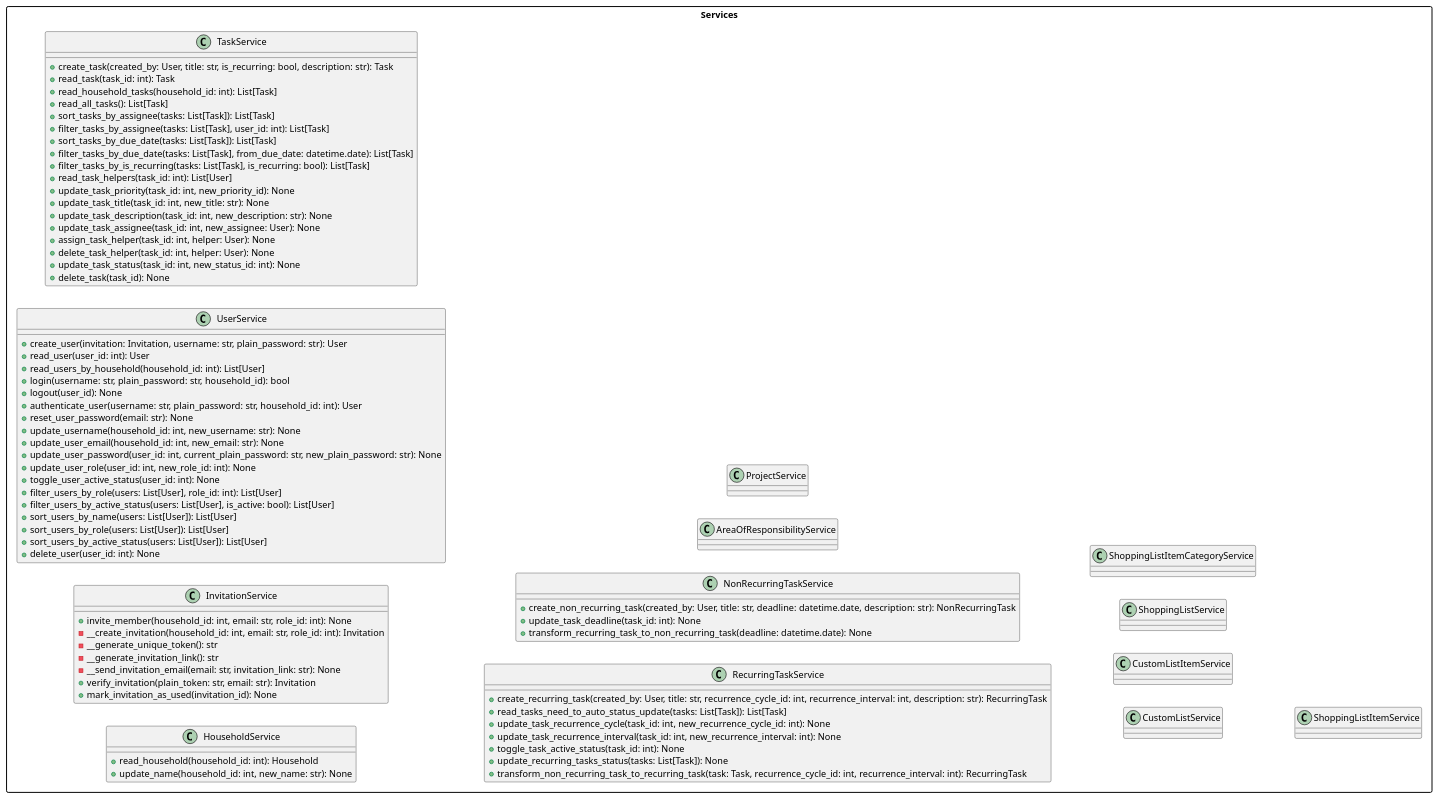
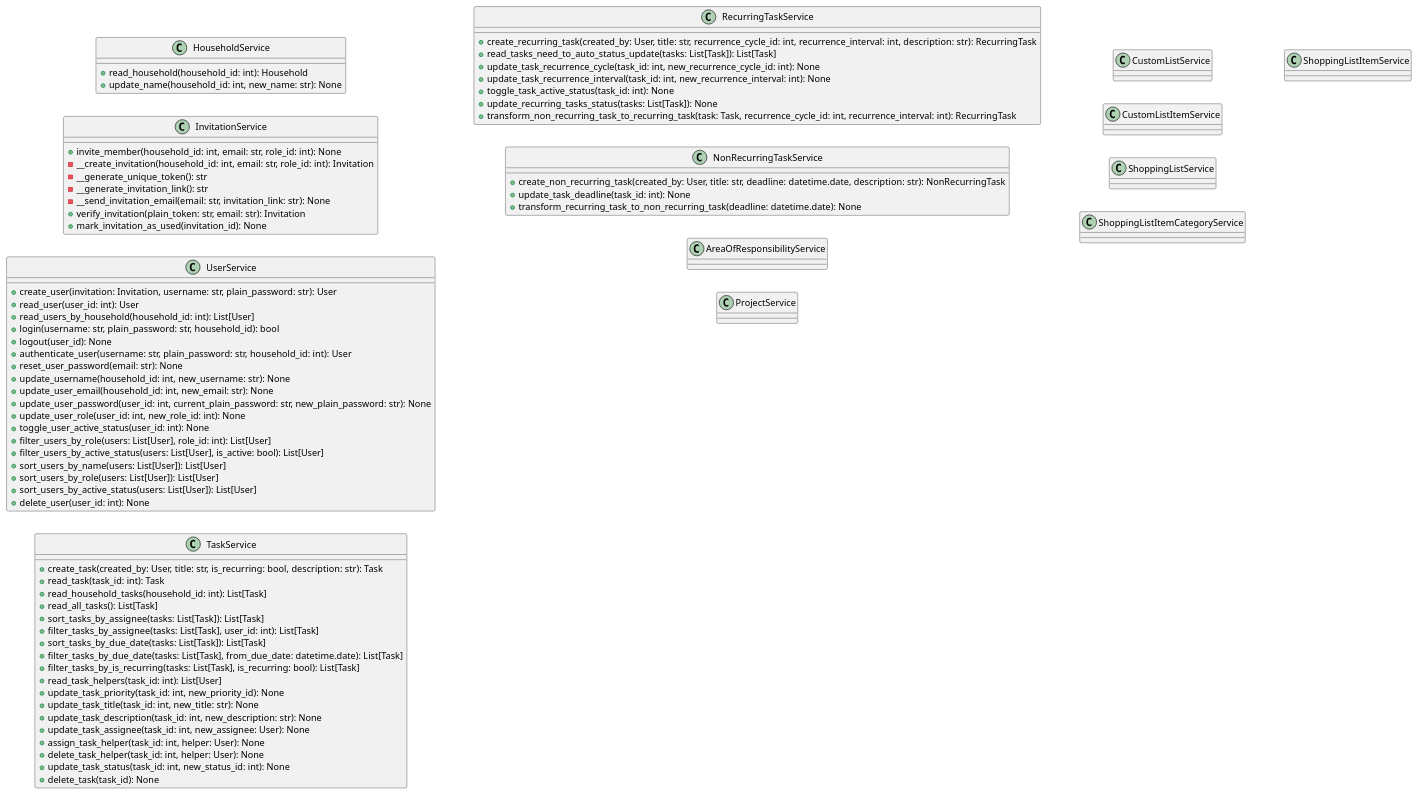
Before and after one commit to dominikoetiker/TheMentalLoadHub: the diagram in docs/diagrams/uml/class/services.puml, drawn with PlantUML. The commit also changed 1 other file, not shown here.

Commit message:
Simplify UML diagrams by removing unnecessary packages.
Removed redundant `package` declarations to streamline the structure and improve readability of the UML diagrams. The modifications consolidate the class organization without altering the actual relationships or contents.

```diff
--- a/docs/diagrams/uml/class/services.puml
+++ b/docs/diagrams/uml/class/services.puml
@@ -1,146 +1,143 @@
 @startuml
 left to right direction
 skinparam {
     linetype ortho
-    packageStyle rectangle
 }
 
 '--------------------------------
 ' Services MVP only
 '--------------------------------
-package Services {
-    Class HouseholdService {
-        + read_household(household_id: int): Household
-        ' User story #16:
-        + update_name(household_id: int, new_name: str): None
-    }
+Class HouseholdService {
+    + read_household(household_id: int): Household
+    ' User story #16:
+    + update_name(household_id: int, new_name: str): None
+}
 
-    Class InvitationService {
-        ' User story #18:
-        + invite_member(household_id: int, email: str, role_id: int): None
-        ' User story #18:
-        - __create_invitation(household_id: int, email: str, role_id: int): Invitation
-        ' User story #18:
-        - __generate_unique_token(): str
-        ' User story #18:
-        - __generate_invitation_link(): str
-        ' User story #18:
-        - __send_invitation_email(email: str, invitation_link: str): None
-        ' User story #18, #23:
-        + verify_invitation(plain_token: str, email: str): Invitation
-        ' User story #23:
-        + mark_invitation_as_used(invitation_id): None
-    }
+Class InvitationService {
+    ' User story #18:
+    + invite_member(household_id: int, email: str, role_id: int): None
+    ' User story #18:
+    - __create_invitation(household_id: int, email: str, role_id: int): Invitation
+    ' User story #18:
+    - __generate_unique_token(): str
+    ' User story #18:
+    - __generate_invitation_link(): str
+    ' User story #18:
+    - __send_invitation_email(email: str, invitation_link: str): None
+    ' User story #18, #23:
+    + verify_invitation(plain_token: str, email: str): Invitation
+    ' User story #23:
+    + mark_invitation_as_used(invitation_id): None
+}
 
-    Class UserService {
-        ' User story #23
-        + create_user(invitation: Invitation, username: str, plain_password: str): User
-        ' User story #27, #34, #36, #37:
-        + read_user(user_id: int): User
-        ' User story #30:
-        + read_users_by_household(household_id: int): List[User]
-        ' User stories #25, #27:
-        + login(username: str, plain_password: str, household_id): bool
-        ' User story #26:
-        + logout(user_id): None
-        ' User stories #25, #27:
-        + authenticate_user(username: str, plain_password: str, household_id: int): User
-        ' User story #28:
-        + reset_user_password(email: str): None
-        ' User story #24:
-        + update_username(household_id: int, new_username: str): None
-        ' User story #27:
-        + update_user_email(household_id: int, new_email: str): None
-        ' User story #24:
-        + update_user_password(user_id: int, current_plain_password: str, new_plain_password: str): None
-        ' User story #20:
-        + update_user_role(user_id: int, new_role_id: int): None
-        + toggle_user_active_status(user_id: int): None
-        ' User story #30:
-        + filter_users_by_role(users: List[User], role_id: int): List[User]
-        ' User story #30:
-        + filter_users_by_active_status(users: List[User], is_active: bool): List[User]
-        ' User story #30:
-        + sort_users_by_name(users: List[User]): List[User]
-        ' User story #30:
-        + sort_users_by_role(users: List[User]): List[User]
-        ' User story #30:
-        + sort_users_by_active_status(users: List[User]): List[User]
-        ' User story #19:
-        + delete_user(user_id: int): None
-    }
+Class UserService {
+    ' User story #23
+    + create_user(invitation: Invitation, username: str, plain_password: str): User
+    ' User story #27, #34, #36, #37:
+    + read_user(user_id: int): User
+    ' User story #30:
+    + read_users_by_household(household_id: int): List[User]
+    ' User stories #25, #27:
+    + login(username: str, plain_password: str, household_id): bool
+    ' User story #26:
+    + logout(user_id): None
+    ' User stories #25, #27:
+    + authenticate_user(username: str, plain_password: str, household_id: int): User
+    ' User story #28:
+    + reset_user_password(email: str): None
+    ' User story #24:
+    + update_username(household_id: int, new_username: str): None
+    ' User story #27:
+    + update_user_email(household_id: int, new_email: str): None
+    ' User story #24:
+    + update_user_password(user_id: int, current_plain_password: str, new_plain_password: str): None
+    ' User story #20:
+    + update_user_role(user_id: int, new_role_id: int): None
+    + toggle_user_active_status(user_id: int): None
+    ' User story #30:
+    + filter_users_by_role(users: List[User], role_id: int): List[User]
+    ' User story #30:
+    + filter_users_by_active_status(users: List[User], is_active: bool): List[User]
+    ' User story #30:
+    + sort_users_by_name(users: List[User]): List[User]
+    ' User story #30:
+    + sort_users_by_role(users: List[User]): List[User]
+    ' User story #30:
+    + sort_users_by_active_status(users: List[User]): List[User]
+    ' User story #19:
+    + delete_user(user_id: int): None
+}
 
-    Class TaskService {
-        ' User story #34, #35:
-        + create_task(created_by: User, title: str, is_recurring: bool, description: str): Task
-        + read_task(task_id: int): Task
-        ' User story #42, #43:
-        + read_household_tasks(household_id: int): List[Task]
-        ' User story #46:
-        + read_all_tasks(): List[Task]
-        ' User story #42:
-        + sort_tasks_by_assignee(tasks: List[Task]): List[Task]
-        ' User story #42, #43:
-        + filter_tasks_by_assignee(tasks: List[Task], user_id: int): List[Task]
-        ' User story #44:
-        + sort_tasks_by_due_date(tasks: List[Task]): List[Task]
-        ' User story #44:
-        + filter_tasks_by_due_date(tasks: List[Task], from_due_date: datetime.date): List[Task]
-        ' User story #46:
-        + filter_tasks_by_is_recurring(tasks: List[Task], is_recurring: bool): List[Task]
-        ' User story #36:
-        + read_task_helpers(task_id: int): List[User]
-        ' User story #47:
-        + update_task_priority(task_id: int, new_priority_id): None
-        ' User story #47:
-        + update_task_title(task_id: int, new_title: str): None
-        ' User story #47:
-        + update_task_description(task_id: int, new_description: str): None
-        ' User story #47:
-        + update_task_assignee(task_id: int, new_assignee: User): None
-        ' User story #37:
-        + assign_task_helper(task_id: int, helper: User): None
-        ' User story #37:
-        + delete_task_helper(task_id: int, helper: User): None
-        ' User story #45, #47:
-        + update_task_status(task_id: int, new_status_id: int): None
-        ' User story #49:
-        + delete_task(task_id): None
-    }
+Class TaskService {
+    ' User story #34, #35:
+    + create_task(created_by: User, title: str, is_recurring: bool, description: str): Task
+    + read_task(task_id: int): Task
+    ' User story #42, #43:
+    + read_household_tasks(household_id: int): List[Task]
+    ' User story #46:
+    + read_all_tasks(): List[Task]
+    ' User story #42:
+    + sort_tasks_by_assignee(tasks: List[Task]): List[Task]
+    ' User story #42, #43:
+    + filter_tasks_by_assignee(tasks: List[Task], user_id: int): List[Task]
+    ' User story #44:
+    + sort_tasks_by_due_date(tasks: List[Task]): List[Task]
+    ' User story #44:
+    + filter_tasks_by_due_date(tasks: List[Task], from_due_date: datetime.date): List[Task]
+    ' User story #46:
+    + filter_tasks_by_is_recurring(tasks: List[Task], is_recurring: bool): List[Task]
+    ' User story #36:
+    + read_task_helpers(task_id: int): List[User]
+    ' User story #47:
+    + update_task_priority(task_id: int, new_priority_id): None
+    ' User story #47:
+    + update_task_title(task_id: int, new_title: str): None
+    ' User story #47:
+    + update_task_description(task_id: int, new_description: str): None
+    ' User story #47:
+    + update_task_assignee(task_id: int, new_assignee: User): None
+    ' User story #37:
+    + assign_task_helper(task_id: int, helper: User): None
+    ' User story #37:
+    + delete_task_helper(task_id: int, helper: User): None
+    ' User story #45, #47:
+    + update_task_status(task_id: int, new_status_id: int): None
+    ' User story #49:
+    + delete_task(task_id): None
+}
 
-    Class RecurringTaskService {
-        ' User story #38:
-        + create_recurring_task(created_by: User, title: str, recurrence_cycle_id: int, recurrence_interval: int, description: str): RecurringTask
-        ' User story #46:
-        + read_tasks_need_to_auto_status_update(tasks: List[Task]): List[Task]
-        ' User story #39, #47:
-        + update_task_recurrence_cycle(task_id: int, new_recurrence_cycle_id: int): None
-        ' User story #39, #47:
-        + update_task_recurrence_interval(task_id: int, new_recurrence_interval: int): None
-        ' User story #40:
-        + toggle_task_active_status(task_id: int): None
-        ' User story #46:
-        + update_recurring_tasks_status(tasks: List[Task]): None
-        ' User story #47:
-        + transform_non_recurring_task_to_recurring_task(task: Task, recurrence_cycle_id: int, recurrence_interval: int): RecurringTask
-    }
+Class RecurringTaskService {
+    ' User story #38:
+    + create_recurring_task(created_by: User, title: str, recurrence_cycle_id: int, recurrence_interval: int, description: str): RecurringTask
+    ' User story #46:
+    + read_tasks_need_to_auto_status_update(tasks: List[Task]): List[Task]
+    ' User story #39, #47:
+    + update_task_recurrence_cycle(task_id: int, new_recurrence_cycle_id: int): None
+    ' User story #39, #47:
+    + update_task_recurrence_interval(task_id: int, new_recurrence_interval: int): None
+    ' User story #40:
+    + toggle_task_active_status(task_id: int): None
+    ' User story #46:
+    + update_recurring_tasks_status(tasks: List[Task]): None
+    ' User story #47:
+    + transform_non_recurring_task_to_recurring_task(task: Task, recurrence_cycle_id: int, recurrence_interval: int): RecurringTask
+}
 
-    Class NonRecurringTaskService {
-        ' User story #41:
-        + create_non_recurring_task(created_by: User, title: str, deadline: datetime.date, description: str): NonRecurringTask
-        ' User story #41, #47:
-        + update_task_deadline(task_id: int): None
-        ' User story #47:
-        + transform_recurring_task_to_non_recurring_task(deadline: datetime.date): None
-    }
+Class NonRecurringTaskService {
+    ' User story #41:
+    + create_non_recurring_task(created_by: User, title: str, deadline: datetime.date, description: str): NonRecurringTask
+    ' User story #41, #47:
+    + update_task_deadline(task_id: int): None
+    ' User story #47:
+    + transform_recurring_task_to_non_recurring_task(deadline: datetime.date): None
+}
 
-    ' Post MVP:
-    Class AreaOfResponsibilityService {}
-    Class ProjectService {}
-    Class CustomListService {}
-    Class CustomListItemService {}
-    Class ShoppingListService {}
-    Class ShoppingListItemCategoryService {}
-    Class ShoppingListItemService
-}
+' Post MVP:
+Class AreaOfResponsibilityService {}
+Class ProjectService {}
+Class CustomListService {}
+Class CustomListItemService {}
+Class ShoppingListService {}
+Class ShoppingListItemCategoryService {}
+Class ShoppingListItemService
 @enduml
```
